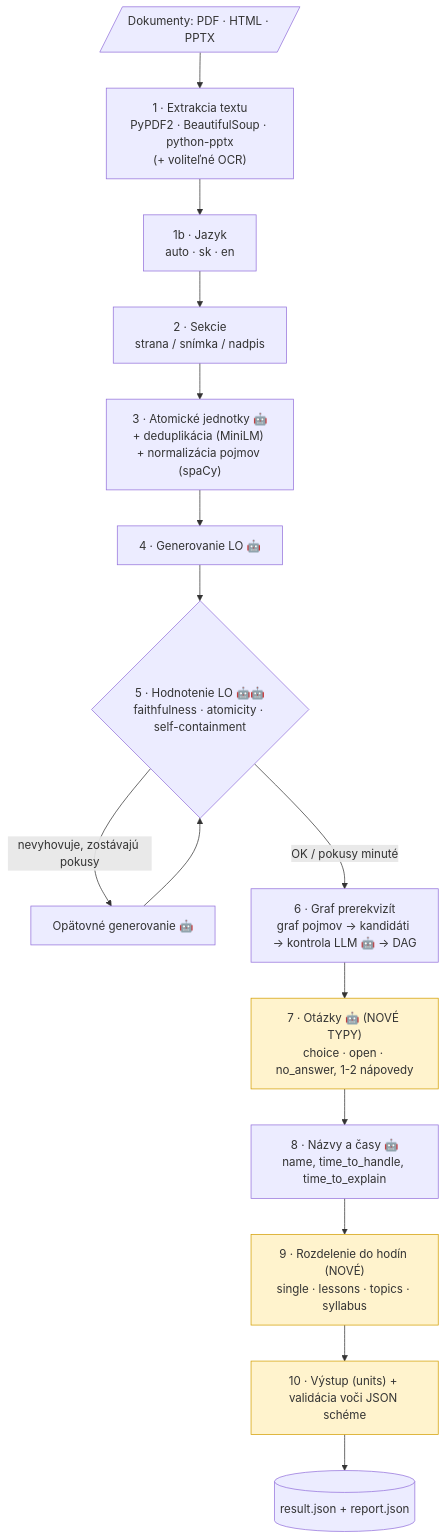
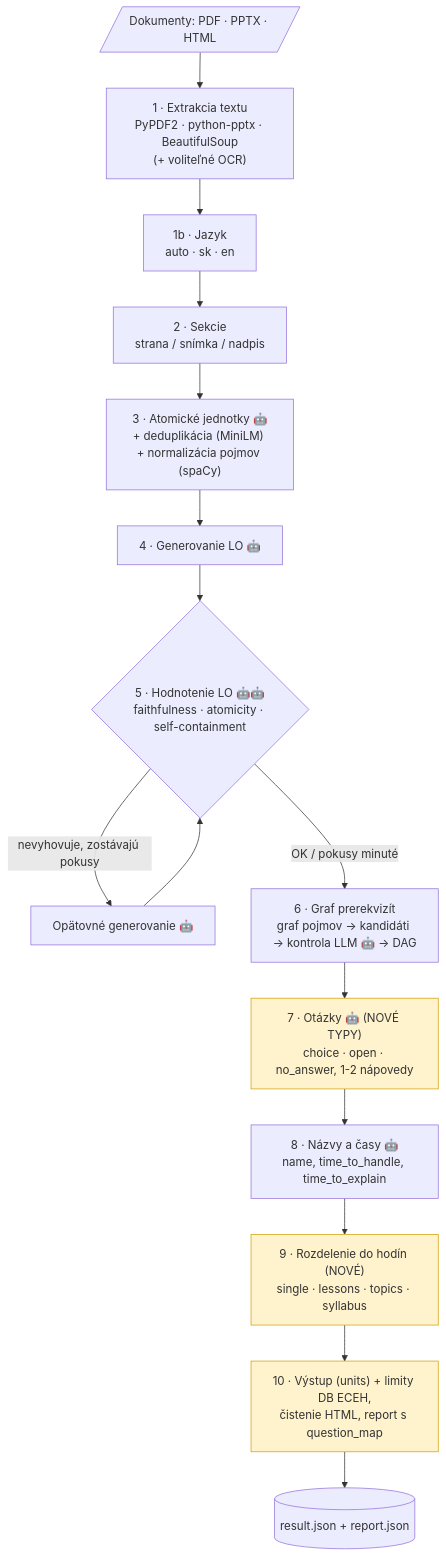
The third of 3 diagrams in docs/api-design.md (Matik080/LO-Generator), drawn with Mermaid before and after one commit. The commit also changed other lines of this file and 1 other file, not shown here.

````diff
--- a/docs/api-design.md
+++ b/docs/api-design.md
@@ -222,20 +301,20 @@
 ```mermaid
 flowchart TD
-    A[/"Dokumenty: PDF · HTML · PPTX"/] --> B["1 · Extrakcia textu<br/>PyPDF2 · BeautifulSoup · python-pptx<br/>(+ voliteľné OCR)"]
+    A[/"Dokumenty: PDF · PPTX · HTML"/] --> B["1 · Extrakcia textu<br/>PyPDF2 · python-pptx · BeautifulSoup<br/>(+ voliteľné OCR)"]
     B --> LG["1b · Jazyk<br/>auto · sk · en"]
     LG --> C["2 · Sekcie<br/>strana / snímka / nadpis"]
     C --> D["3 · Atomické jednotky 🤖<br/>+ deduplikácia (MiniLM) + normalizácia pojmov (spaCy)"]
     D --> E["4 · Generovanie LO 🤖"]
     E --> F{"5 · Hodnotenie LO 🤖🤖<br/>faithfulness · atomicity · self-containment"}
     F -- "nevyhovuje, zostávajú pokusy" --> G["Opätovné generovanie 🤖"]
     G --> F
     F -- "OK / pokusy minuté" --> H["6 · Graf prerekvizít<br/>graf pojmov → kandidáti → kontrola LLM 🤖 → DAG"]
     H --> I["7 · Otázky 🤖 (NOVÉ TYPY)<br/>choice · open · no_answer, 1-2 nápovedy"]
     I --> J["8 · Názvy a časy 🤖<br/>name, time_to_handle, time_to_explain"]
     J --> K["9 · Rozdelenie do hodín (NOVÉ)<br/>single · lessons · topics · syllabus"]
-    K --> L["10 · Výstup (units) + validácia voči JSON schéme"]
+    K --> L["10 · Výstup (units) + limity DB ECEH,<br/>čistenie HTML, report s question_map"]
     L --> M[("result.json + report.json")]
 
     classDef new fill:#fff3cd,stroke:#d39e00;
     class I,K,L new;
 ```
````
